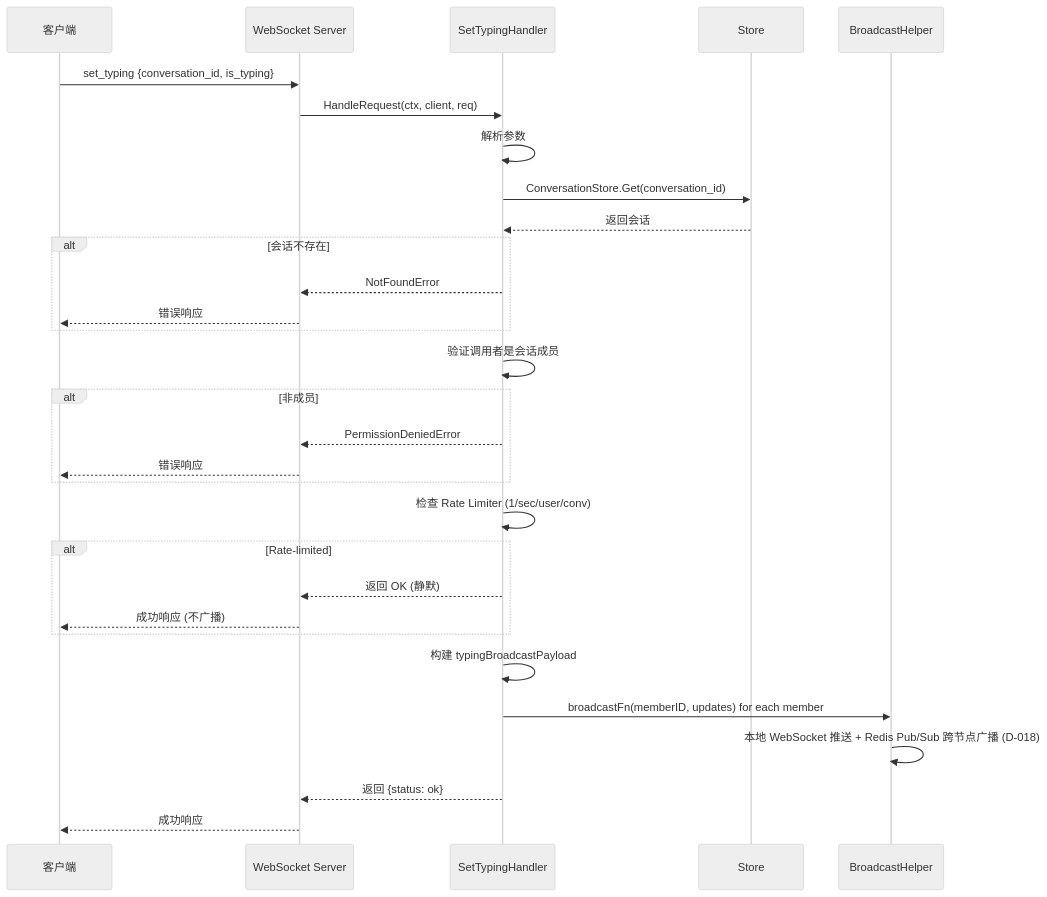
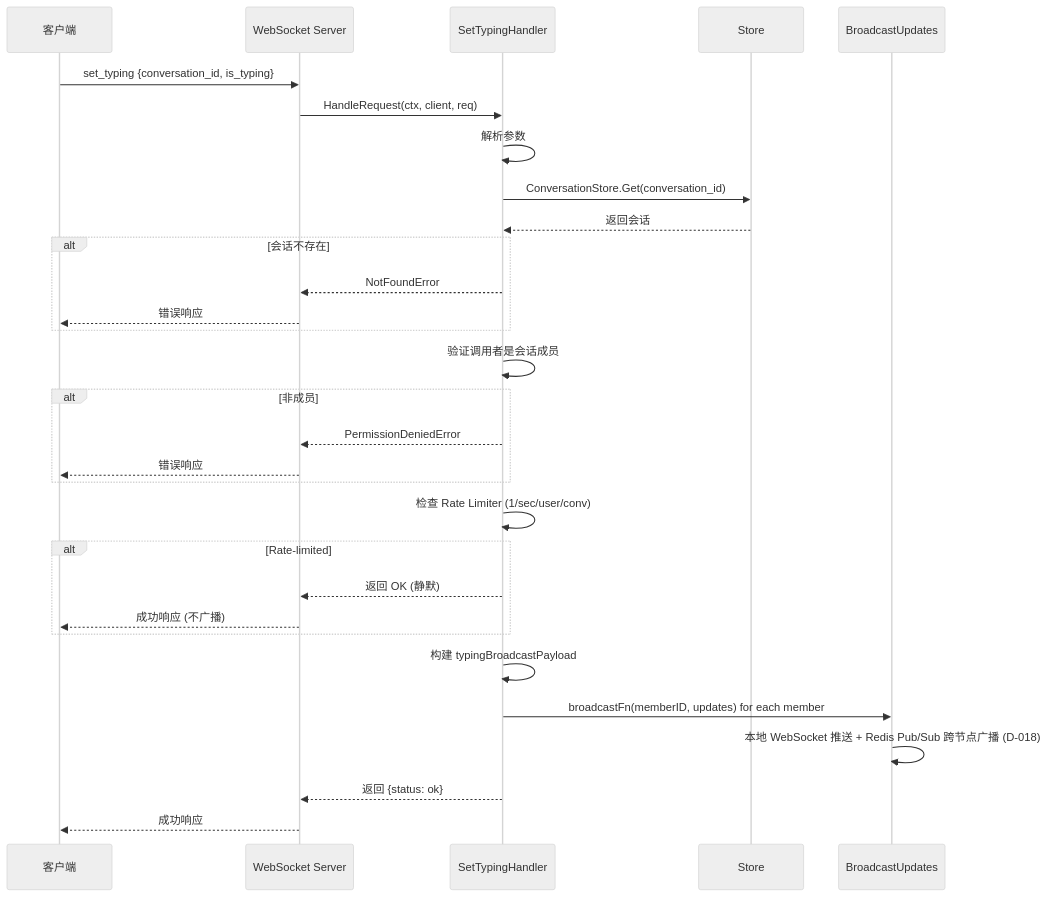
The first of 6 diagrams in wiki/flows/set-typing.md (PineappleBond/xyncra-server), drawn with Mermaid (neutral theme) before and after one commit. The commit also changed other lines of this file and 22 other files, not shown here.

````diff
--- a/wiki/flows/set-typing.md
+++ b/wiki/flows/set-typing.md
@@ -39,41 +39,41 @@
 ```mermaid
 sequenceDiagram
     participant C as 客户端
     participant WS as WebSocket Server
     participant H as SetTypingHandler
     participant S as Store
-    participant B as BroadcastHelper
+    participant B as BroadcastUpdates
 
     C->>WS: set_typing {conversation_id, is_typing}
     WS->>H: HandleRequest(ctx, client, req)
 
     H->>H: 解析参数
     H->>S: ConversationStore.Get(conversation_id)
     S-->>H: 返回会话
 
     alt 会话不存在
         H-->>WS: NotFoundError
         WS-->>C: 错误响应
     end
 
     H->>H: 验证调用者是会话成员
 
     alt 非成员
         H-->>WS: PermissionDeniedError
         WS-->>C: 错误响应
     end
 
     H->>H: 检查 Rate Limiter (1/sec/user/conv)
 
     alt Rate-limited
         H-->>WS: 返回 OK (静默)
         WS-->>C: 成功响应 (不广播)
     end
 
     H->>H: 构建 typingBroadcastPayload
     H->>B: broadcastFn(memberID, updates) for each member
     B->>B: 本地 WebSocket 推送 + Redis Pub/Sub 跨节点广播 (D-018)
 
     H-->>WS: 返回 {status: ok}
     WS-->>C: 成功响应
 ```
````
